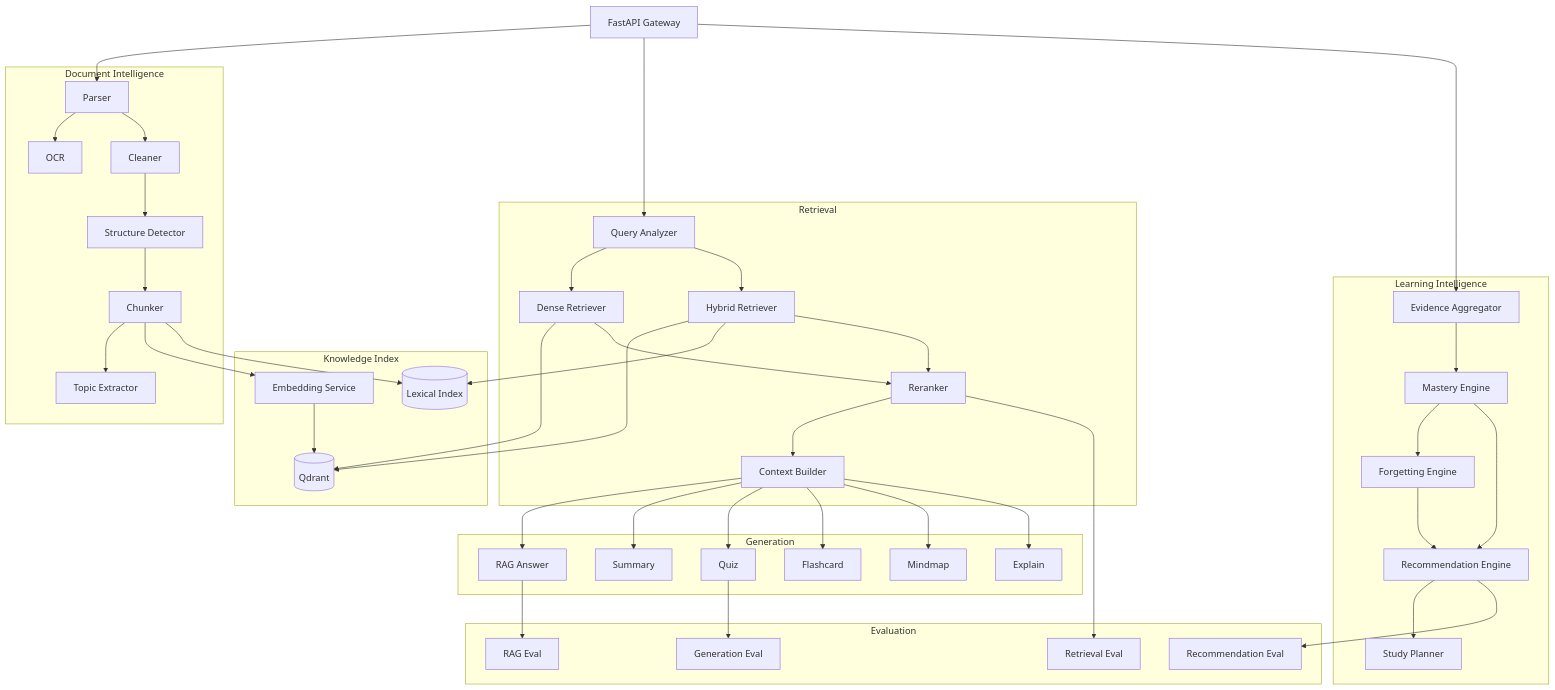
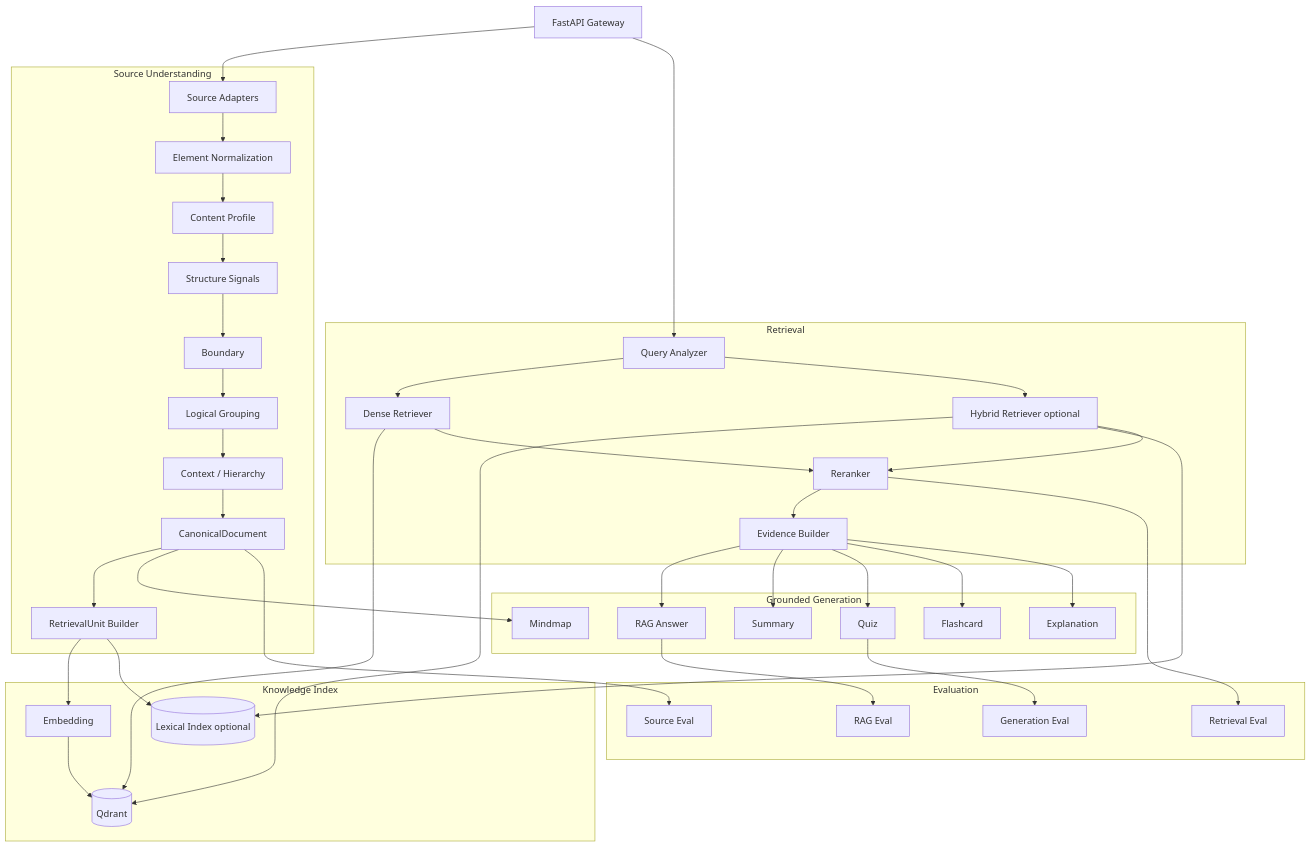
One commit to Hoang-k68a3hus/support_learning changed the first of 4 diagrams in AI_Study_Assistant_2.0_FULL_AI_SYSTEM_DESIGN.md. Above: the diagram before and after it, drawn with Mermaid. The commit also changed other lines of this file, not shown here.

````diff
--- a/AI_Study_Assistant_2.0_FULL_AI_SYSTEM_DESIGN.md
+++ b/AI_Study_Assistant_2.0_FULL_AI_SYSTEM_DESIGN.md
@@ -231,62 +255,52 @@
 flowchart TB
     API[FastAPI Gateway]
 
-    subgraph ING[Document Intelligence]
-        PARSER[Parser]
-        OCR[OCR]
-        CLEAN[Cleaner]
-        STRUCT[Structure Detector]
-        CHUNK[Chunker]
-        TOPIC[Topic Extractor]
+    subgraph SU[Source Understanding]
+        ADAPTER[Source Adapters]
+        ATOMIC[Element Normalization]
+        PROFILE[Content Profile]
+        SIGNAL[Structure Signals]
+        BOUND[Boundary]
+        GROUP[Logical Grouping]
+        HIER[Context / Hierarchy]
+        ASSEMBLE[CanonicalDocument]
+        RU[RetrievalUnit Builder]
     end
 
     subgraph IDX[Knowledge Index]
-        EMB[Embedding Service]
+        EMB[Embedding]
         VDB[(Qdrant)]
-        BM[(Lexical Index)]
+        BM[(Lexical Index optional)]
     end
 
     subgraph RET[Retrieval]
         QA[Query Analyzer]
         DENSE[Dense Retriever]
-        HYB[Hybrid Retriever]
+        HYB[Hybrid Retriever optional]
         RERANK[Reranker]
-        CTX[Context Builder]
+        EV[Evidence Builder]
     end
 
-    subgraph GEN[Generation]
+    subgraph GEN[Grounded Generation]
         RAG[RAG Answer]
         SUM[Summary]
         QUIZ[Quiz]
         FC[Flashcard]
         MAP[Mindmap]
-        EXP[Explain]
-    end
-
-    subgraph LEARN[Learning Intelligence]
-        EVID[Evidence Aggregator]
-        MASTER[Mastery Engine]
-        FORGET[Forgetting Engine]
-        REC[Recommendation Engine]
-        PLAN[Study Planner]
+        EXP[Explanation]
     end
 
     subgraph EVAL[Evaluation]
-        RAGE[RAG Eval]
-        RETE[Retrieval Eval]
-        GENE[Generation Eval]
-        RECE[Recommendation Eval]
+        SE[Source Eval]
+        RE[Retrieval Eval]
+        RGE[RAG Eval]
+        GE[Generation Eval]
     end
 
-    API --> PARSER
-    PARSER --> OCR
-    PARSER --> CLEAN
-    CLEAN --> STRUCT
-    STRUCT --> CHUNK
-    CHUNK --> TOPIC
-    CHUNK --> EMB
-    EMB --> VDB
-    CHUNK --> BM
+    API --> ADAPTER
+    ADAPTER --> ATOMIC --> PROFILE --> SIGNAL --> BOUND --> GROUP --> HIER --> ASSEMBLE --> RU
+    RU --> EMB --> VDB
+    RU --> BM
 
     API --> QA
     QA --> DENSE
@@ -296,24 +310,17 @@
     HYB --> BM
     DENSE --> RERANK
     HYB --> RERANK
-    RERANK --> CTX
+    RERANK --> EV
 
-    CTX --> RAG
-    CTX --> SUM
-    CTX --> QUIZ
-    CTX --> FC
-    CTX --> MAP
-    CTX --> EXP
+    EV --> RAG
+    EV --> SUM
+    EV --> QUIZ
+    EV --> FC
+    ASSEMBLE --> MAP
+    EV --> EXP
 
-    API --> EVID
-    EVID --> MASTER
-    MASTER --> FORGET
-    MASTER --> REC
-    FORGET --> REC
-    REC --> PLAN
-
-    RAG --> RAGE
-    RERANK --> RETE
-    QUIZ --> GENE
-    REC --> RECE
+    ASSEMBLE --> SE
+    RERANK --> RE
+    RAG --> RGE
+    QUIZ --> GE
 ```
````
